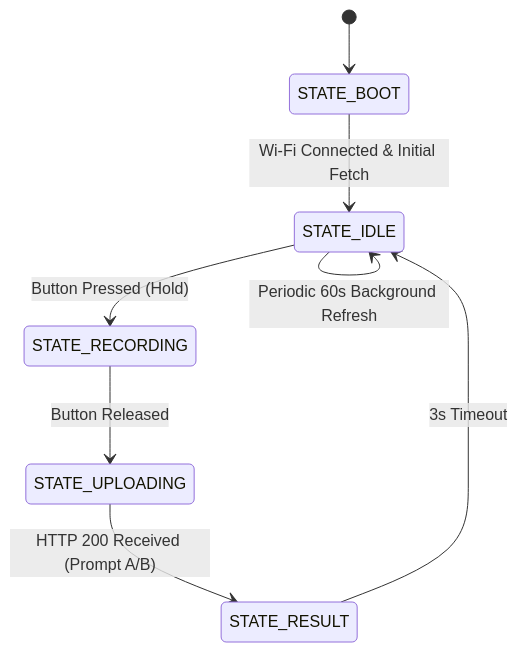
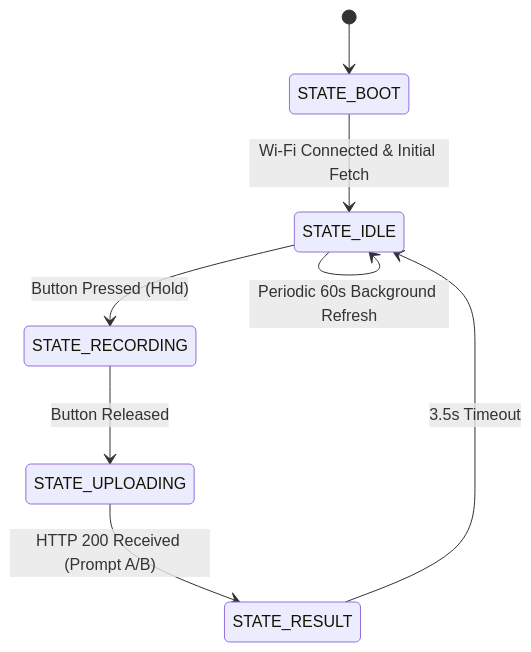
The diagram in hardware/esp32/HARDWARE_DESIGN.md (anaswarramesh/my_buddy), drawn with Mermaid before and after one commit. The commit also changed other lines of this file and 2 other files, not shown here.

````diff
--- a/hardware/esp32/HARDWARE_DESIGN.md
+++ b/hardware/esp32/HARDWARE_DESIGN.md
@@ -106,10 +107,10 @@
 ```mermaid
 stateDiagram-v2
     [*] --> STATE_BOOT
     STATE_BOOT --> STATE_IDLE: Wi-Fi Connected & Initial Fetch
     STATE_IDLE --> STATE_RECORDING: Button Pressed (Hold)
     STATE_RECORDING --> STATE_UPLOADING: Button Released
     STATE_UPLOADING --> STATE_RESULT: HTTP 200 Received (Prompt A/B)
-    STATE_RESULT --> STATE_IDLE: 3s Timeout
+    STATE_RESULT --> STATE_IDLE: 3.5s Timeout
     STATE_IDLE --> STATE_IDLE: Periodic 60s Background Refresh
 ```
````
